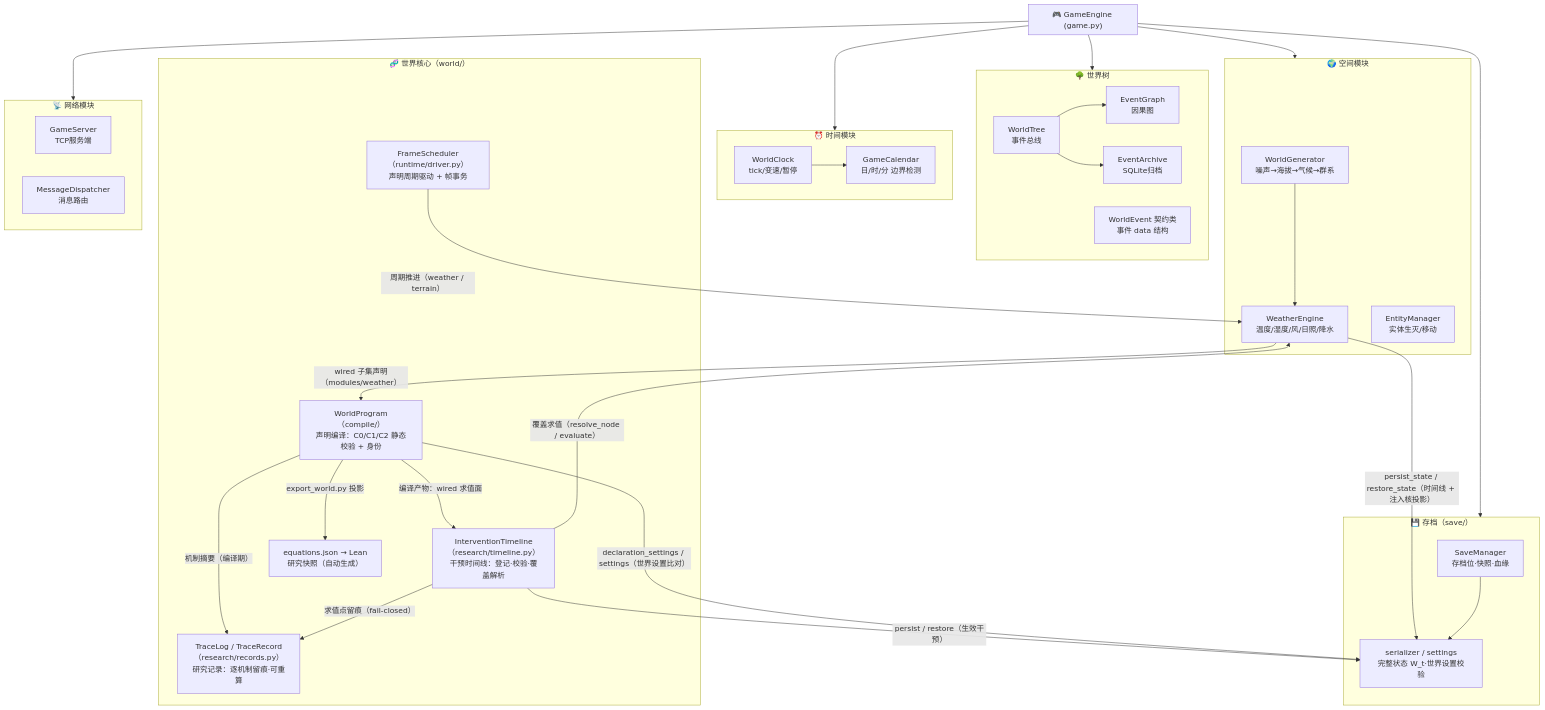
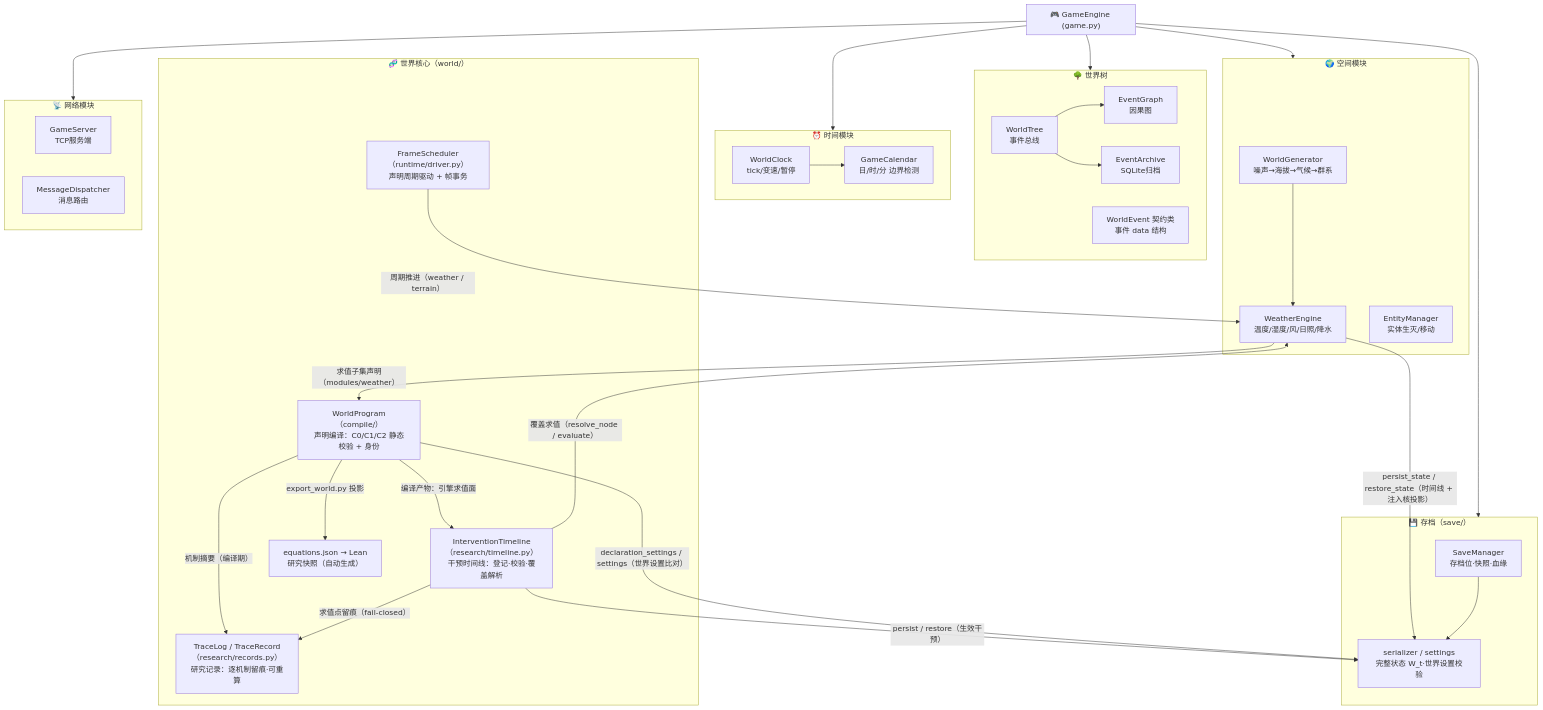
The first of 6 diagrams in docs/diagrams/architecture.md (Jedidiah-Zhang/Ascend), drawn with Mermaid before and after one commit. The commit also changed other lines of this file and 262 other files, not shown here.

````diff
--- a/docs/diagrams/architecture.md
+++ b/docs/diagrams/architecture.md
@@ -5,64 +5,64 @@
 ```mermaid
 graph TD
     subgraph GameEngine["🎮 GameEngine (game.py)"]
         direction LR
     end
 
     subgraph WorldTree["🌳 世界树"]
         WT_Tree["WorldTree<br/>事件总线"]
         WT_Graph["EventGraph<br/>因果图"]
         WT_Archive["EventArchive<br/>SQLite归档"]
         WT_Contract["WorldEvent 契约类<br/>事件 data 结构"]
     end
 
     subgraph Time["⏰ 时间模块"]
         CLK["WorldClock<br/>tick/变速/暂停"]
         CAL["GameCalendar<br/>日/时/分 边界检测"]
     end
 
     subgraph Space["🌍 空间模块"]
         GEN["WorldGenerator<br/>噪声→海拔→气候→群系"]
         WEA["WeatherEngine<br/>温度/湿度/风/日照/降水"]
         ENT["EntityManager<br/>实体生灭/移动"]
     end
 
     subgraph World["🧬 世界核心（world/）"]
         REG["WorldProgram（compile/）<br/>声明编译：C0/C1/C2 静态校验 + 身份"]
         IVT["InterventionTimeline（research/timeline.py）<br/>干预时间线：登记·校验·覆盖解析"]
         SNAP["equations.json → Lean<br/>研究快照（自动生成）"]
         TRC["TraceLog / TraceRecord（research/records.py）<br/>研究记录：逐机制留痕·可重算"]
         DRV["FrameScheduler（runtime/driver.py）<br/>声明周期驱动 + 帧事务"]
     end
 
     subgraph Save["💾 存档（save/）"]
         SM["SaveManager<br/>存档位·快照·血缘"]
         SER["serializer / settings<br/>完整状态 W_t·世界设置校验"]
     end
 
     subgraph Net["📡 网络模块"]
         SRV["GameServer<br/>TCP服务端"]
         DISP["MessageDispatcher<br/>消息路由"]
     end
 
     WT_Tree --> WT_Graph
     WT_Tree --> WT_Archive
     CLK --> CAL
     GEN --> WEA
-    WEA -->|"wired 子集声明（modules/weather）"| REG
-    REG -->|"编译产物：wired 求值面"| IVT
+    WEA -->|"求值子集声明（modules/weather）"| REG
+    REG -->|"编译产物：引擎求值面"| IVT
     IVT -->|"覆盖求值（resolve_node / evaluate）"| WEA
     REG -->|"export_world.py 投影"| SNAP
     REG -->|"机制摘要（编译期）"| TRC
     IVT -->|"求值点留痕（fail-closed）"| TRC
     IVT -->|"persist / restore（生效干预）"| SER
     WEA -->|"persist_state / restore_state（时间线 + 注入核投影）"| SER
     REG -->|"declaration_settings / settings（世界设置比对）"| SER
     DRV -->|"周期推进（weather / terrain）"| WEA
     SM --> SER
 
     GameEngine --> WorldTree
     GameEngine --> Time
     GameEngine --> Space
     GameEngine --> Save
     GameEngine --> Net
 ```
````
